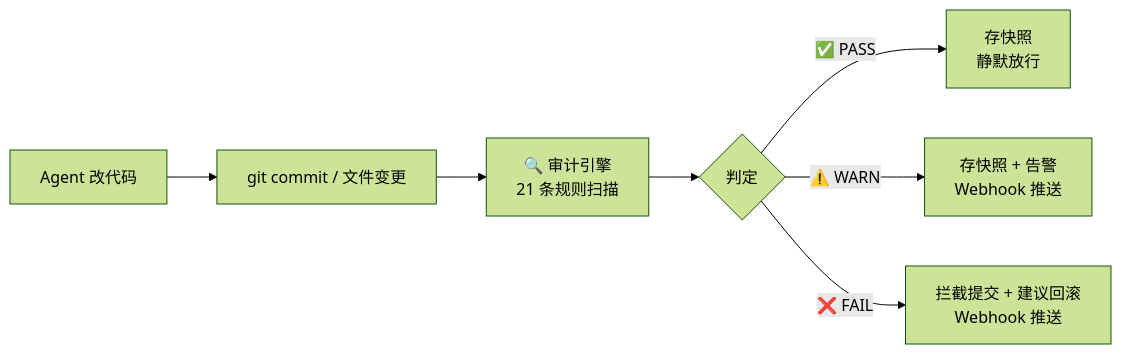
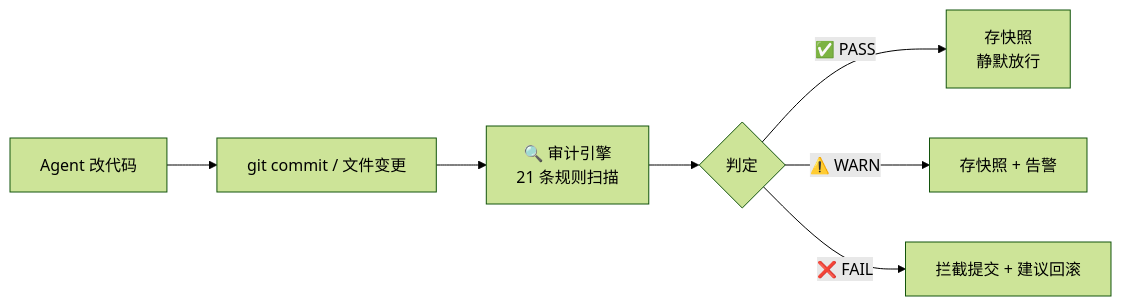
Before and after one commit to KongFangXun/sofagent: the first of 2 diagrams in README.md, drawn with Mermaid (forest theme). The commit also changed other lines of this file, not shown here.

````diff
--- a/README.md
+++ b/README.md
@@ -175,9 +122,9 @@
 ```mermaid
 flowchart LR
     A[Agent 改代码] --> B[git commit / 文件变更]
     B --> C[🔍 审计引擎<br/>21 条规则扫描]
     C --> D{判定}
     D -->|✅ PASS| E[存快照<br/>静默放行]
-    D -->|⚠️ WARN| F[存快照 + 告警<br/>Webhook 推送]
-    D -->|❌ FAIL| G[拦截提交 + 建议回滚<br/>Webhook 推送]
+    D -->|⚠️ WARN| F[存快照 + 告警]
+    D -->|❌ FAIL| G[拦截提交 + 建议回滚]
 ```
````
